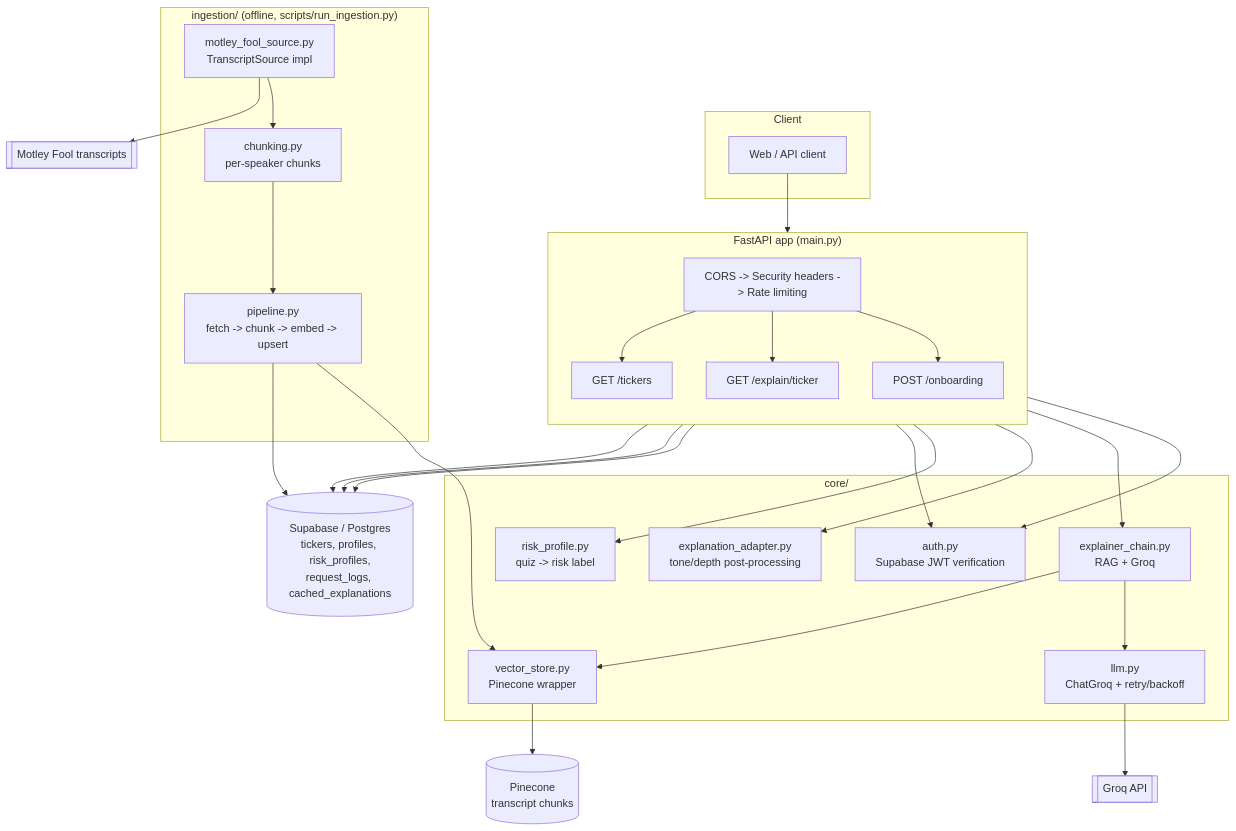
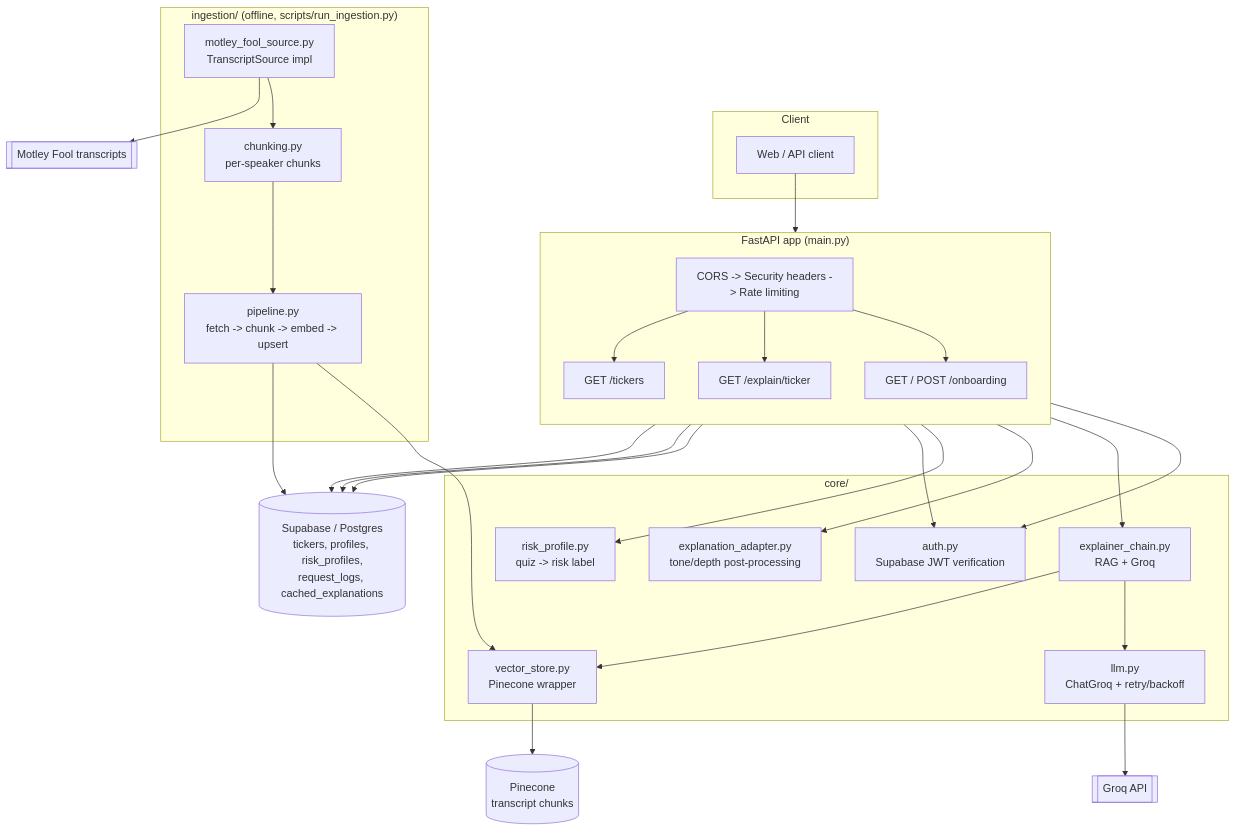
One commit to luongvincent/atlas changed the diagram in README.md. Above: the diagram before and after it, drawn with Mermaid. The commit also changed other lines of this file, not shown here.

Commit message:
updated README for new GET/onboarding api

````diff
--- a/README.md
+++ b/README.md
@@ -29,53 +32,53 @@
 ```mermaid
 flowchart TB
     subgraph Client
         user[Web / API client]
     end
 
     subgraph API["FastAPI app (main.py)"]
         direction TB
         mw["CORS -> Security headers -> Rate limiting"]
         tickers["GET /tickers"]
         explain["GET /explain/ticker"]
-        onboarding["POST /onboarding"]
+        onboarding["GET / POST /onboarding"]
         mw --> tickers
         mw --> explain
         mw --> onboarding
     end
 
     subgraph Core["core/"]
         auth["auth.py\nSupabase JWT verification"]
         chain["explainer_chain.py\nRAG + Groq"]
         adapter["explanation_adapter.py\ntone/depth post-processing"]
         riskprofile["risk_profile.py\nquiz -> risk label"]
         llm["llm.py\nChatGroq + retry/backoff"]
         vstore["vector_store.py\nPinecone wrapper"]
     end
 
     subgraph Ingestion["ingestion/ (offline, scripts/run_ingestion.py)"]
         source["motley_fool_source.py\nTranscriptSource impl"]
         chunk["chunking.py\nper-speaker chunks"]
         pipeline["pipeline.py\nfetch -> chunk -> embed -> upsert"]
         source --> chunk --> pipeline
     end
 
     Pinecone[(Pinecone\ntranscript chunks)]
     Supabase[(Supabase / Postgres\ntickers, profiles, risk_profiles,\nrequest_logs, cached_explanations)]
     Groq[[Groq API]]
     Fool[[Motley Fool transcripts]]
 
     user --> mw
     explain --> auth
     explain --> chain
     explain --> adapter
     onboarding --> riskprofile
     onboarding --> auth
     chain --> llm --> Groq
     chain --> vstore --> Pinecone
     explain --> Supabase
     tickers --> Supabase
     onboarding --> Supabase
     pipeline --> vstore
     pipeline --> Supabase
     source --> Fool
 ```
````
